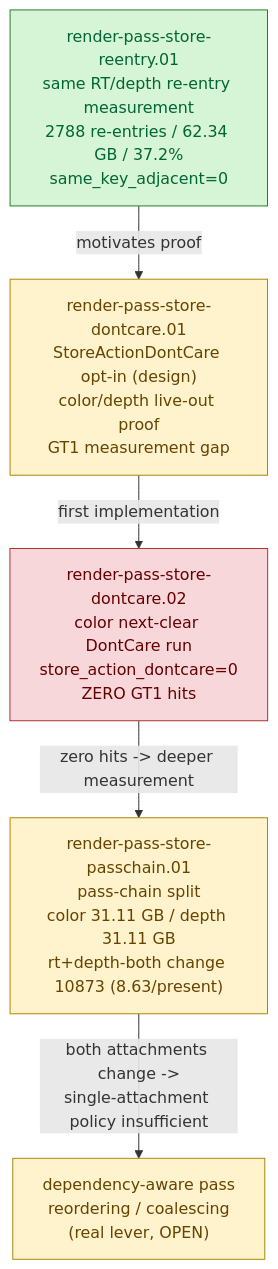
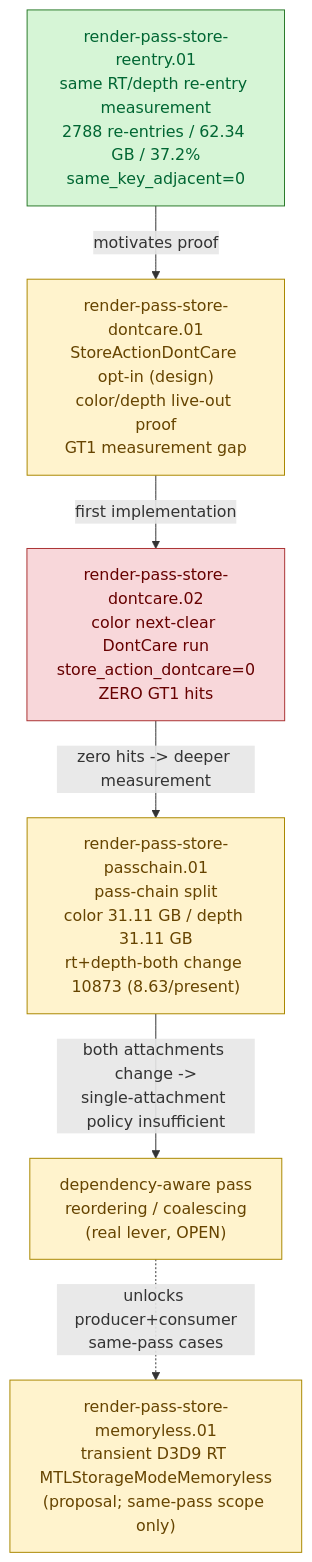
One commit to dfdgsdfg/dxmt9 changed the diagram in docs/perfomance/render-pass-store.md. Above: the diagram before and after it, drawn with Mermaid. The commit also changed other lines of this file and 5 other files, not shown here.

````diff
--- a/docs/perfomance/render-pass-store.md
+++ b/docs/perfomance/render-pass-store.md
@@ -49,20 +50,22 @@
 ```mermaid
 flowchart TD
   Reentry["render-pass-store-reentry.01\nsame RT/depth re-entry measurement\n2788 re-entries / 62.34 GB / 37.2%\nsame_key_adjacent=0"]
   DesignDC["render-pass-store-dontcare.01\nStoreActionDontCare opt-in (design)\ncolor/depth live-out proof\nGT1 measurement gap"]
   ColorNC["render-pass-store-dontcare.02\ncolor next-clear DontCare run\nstore_action_dontcare=0\nZERO GT1 hits"]
   PassChain["render-pass-store-passchain.01\npass-chain split\ncolor 31.11 GB / depth 31.11 GB\nrt+depth-both change 10873 (8.63/present)"]
   Coalesce["dependency-aware pass\nreordering / coalescing\n(real lever, OPEN)"]
+  Memoryless["render-pass-store-memoryless.01\ntransient D3D9 RT MTLStorageModeMemoryless\n(proposal; same-pass scope only)"]
 
   Reentry -->|"motivates proof"| DesignDC
   DesignDC -->|"first implementation"| ColorNC
   ColorNC -->|"zero hits -> deeper measurement"| PassChain
   PassChain -->|"both attachments change ->\nsingle-attachment policy insufficient"| Coalesce
+  Coalesce -.unlocks producer+consumer\nsame-pass cases.-> Memoryless
 
   classDef accepted fill:#d6f5d6,stroke:#2b7a2b,color:#063
   classDef rejected fill:#f8d7da,stroke:#a33,color:#600
   classDef open fill:#fff3cd,stroke:#a80,color:#640
   class Reentry accepted
   class ColorNC rejected
-  class DesignDC,PassChain,Coalesce open
+  class DesignDC,PassChain,Coalesce,Memoryless open
 ```
````
